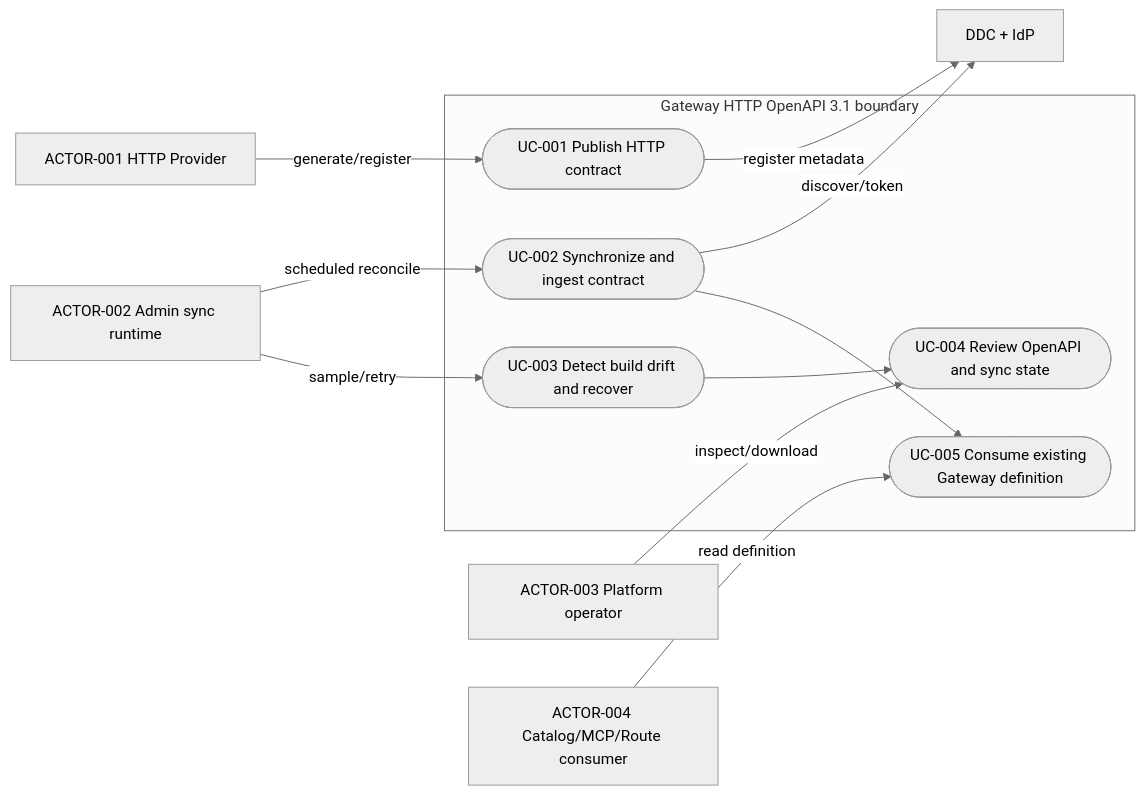
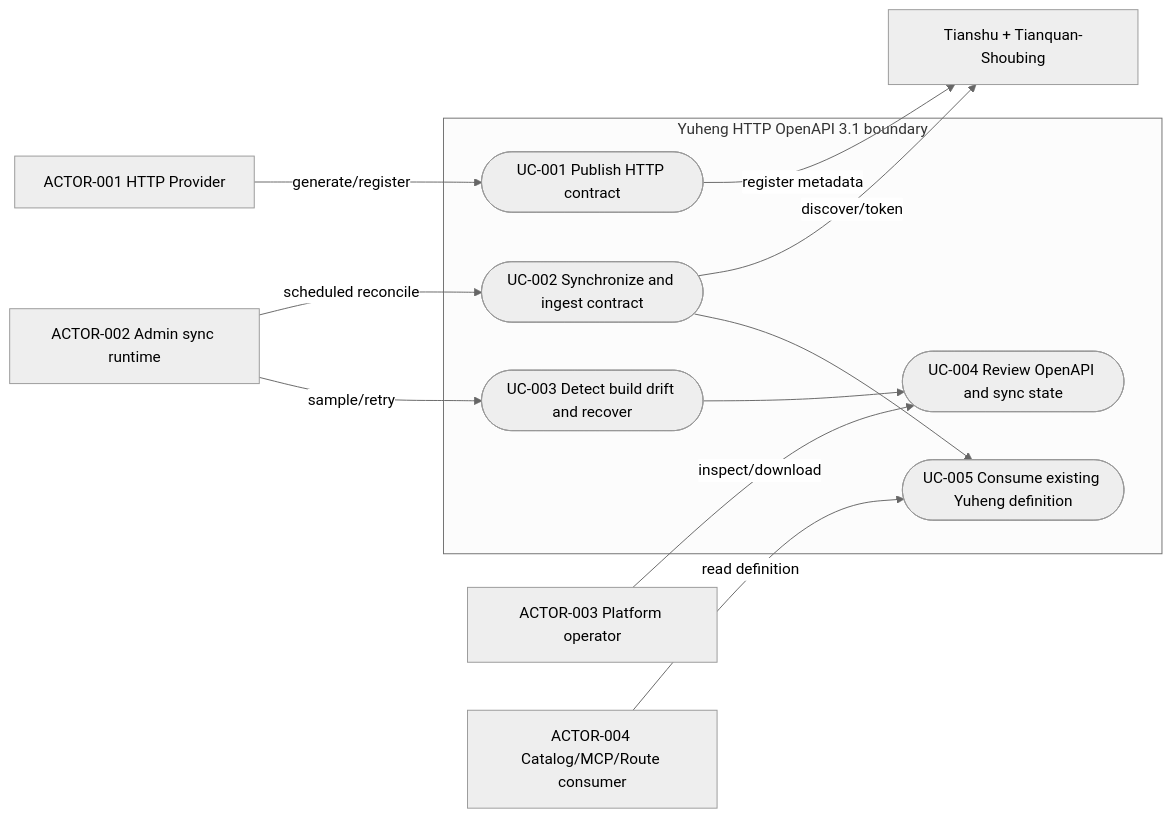
The first of 5 diagrams in docs/egon/spec/2026-08-25-19-01-gateway-openapi31-source-refactor.md (AllenDEricDAlexander/Egon-COLA), drawn with Mermaid (neutral theme) before and after one commit. The commit also changed other lines of this file and 233 other files, not shown here.

````diff
--- a/docs/egon/spec/2026-08-25-19-01-gateway-openapi31-source-refactor.md
+++ b/docs/egon/spec/2026-08-25-19-01-gateway-openapi31-source-refactor.md
@@ -165,26 +165,26 @@
 ```mermaid
 flowchart LR
     Provider["ACTOR-001 HTTP Provider"]
     Sync["ACTOR-002 Admin sync runtime"]
     Operator["ACTOR-003 Platform operator"]
     Consumer["ACTOR-004 Catalog/MCP/Route consumer"]
-    DDC["DDC + IdP"]
+    Tianshu["Tianshu + Tianquan-Shoubing"]
 
-    subgraph Scope["Gateway HTTP OpenAPI 3.1 boundary"]
+    subgraph Scope["Yuheng HTTP OpenAPI 3.1 boundary"]
         UC001(["UC-001 Publish HTTP contract"])
         UC002(["UC-002 Synchronize and ingest contract"])
         UC003(["UC-003 Detect build drift and recover"])
         UC004(["UC-004 Review OpenAPI and sync state"])
-        UC005(["UC-005 Consume existing Gateway definition"])
+        UC005(["UC-005 Consume existing Yuheng definition"])
     end
 
     Provider -->|"generate/register"| UC001
     Sync -->|"scheduled reconcile"| UC002
     Sync -->|"sample/retry"| UC003
     Operator -->|"inspect/download"| UC004
     Consumer -->|"read definition"| UC005
-    UC001 -->|"register metadata"| DDC
-    UC002 -->|"discover/token"| DDC
+    UC001 -->|"register metadata"| Tianshu
+    UC002 -->|"discover/token"| Tianshu
     UC002 --> UC005
     UC003 --> UC004
 ```
````
